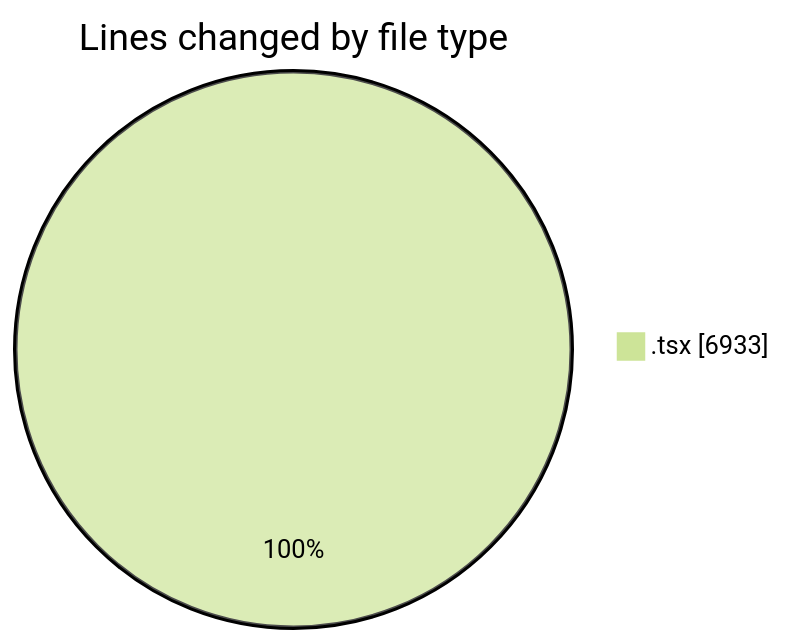
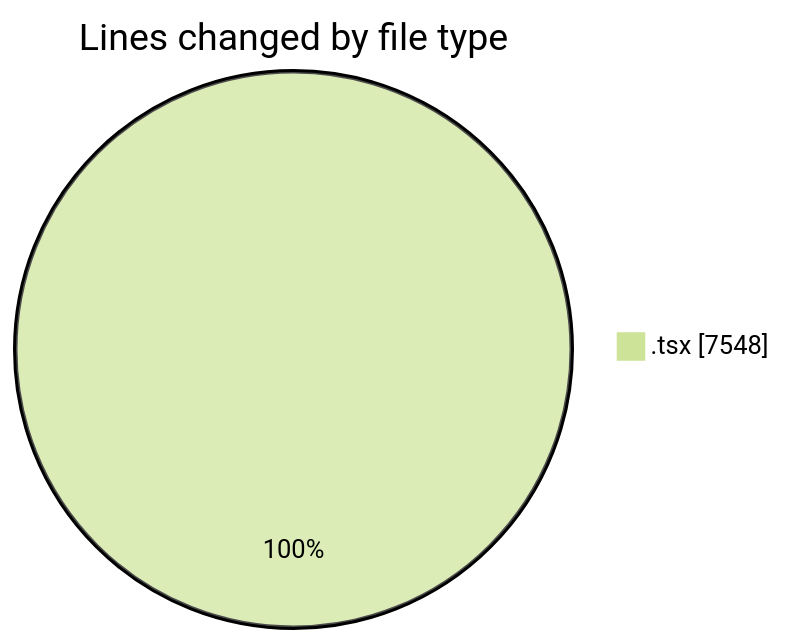
The first of 2 diagrams in 2026-08-24/nxtqube_webapp/README.md (nxtqubesakshisongat/code-tracking), drawn with Mermaid (forest theme) before and after one commit. The commit also changed other lines of this file and 1 other file, not shown here.

````diff
--- a/2026-08-24/nxtqube_webapp/README.md
+++ b/2026-08-24/nxtqube_webapp/README.md
@@ -33,5 +33,5 @@
 ```mermaid
 pie showData
 title Lines changed by file type
-".tsx" : 6933
+".tsx" : 7548
 ```
````
